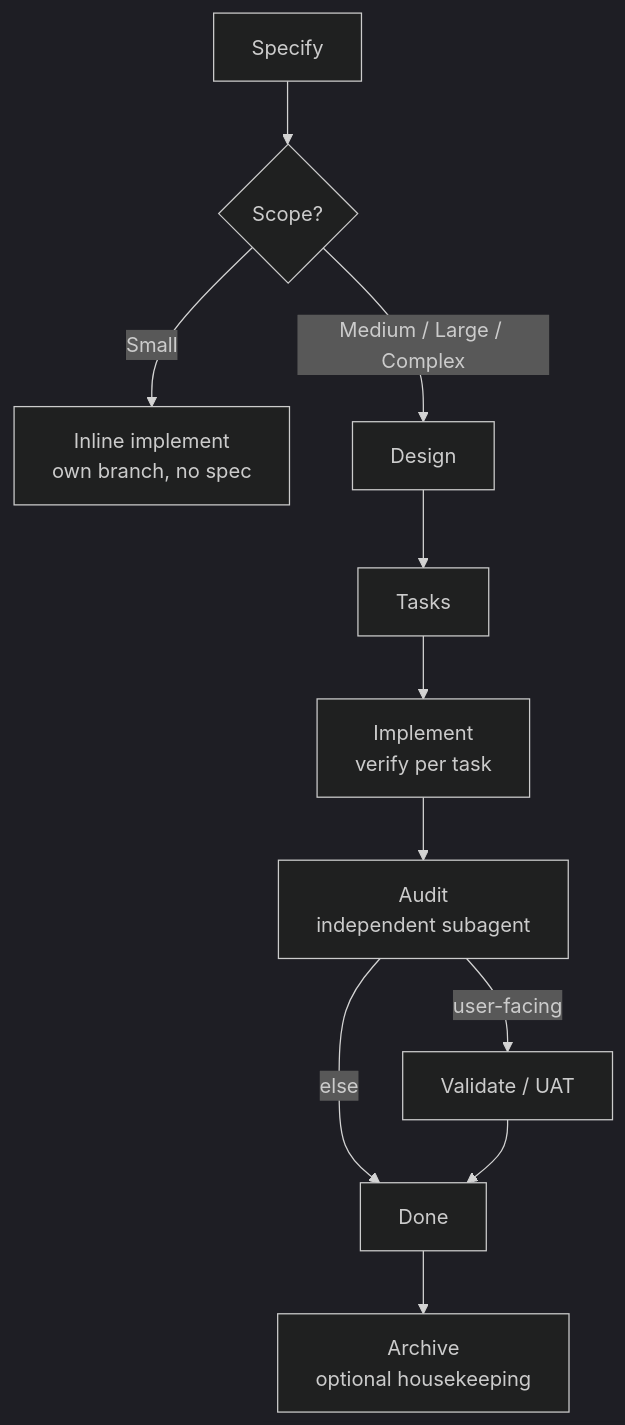
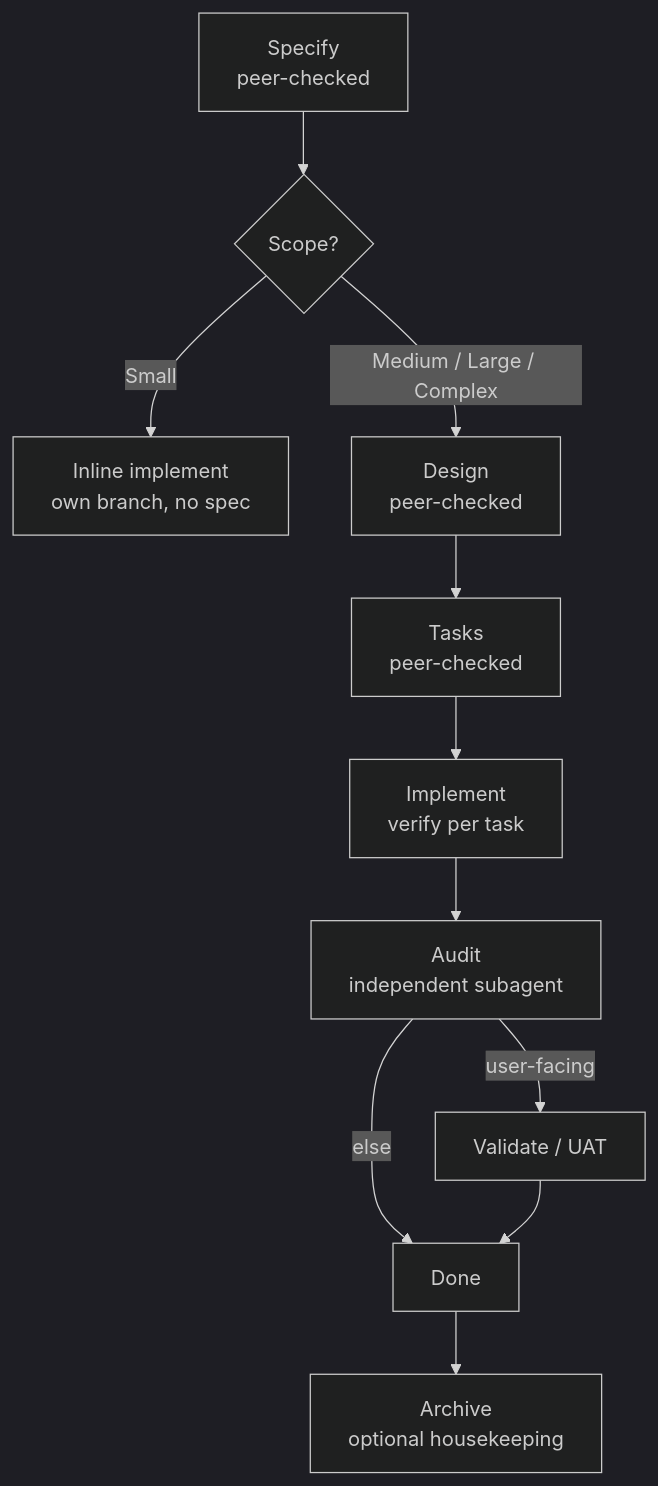
Before and after one commit to adeonir/agent-skills: the diagram in skills/engineering/spec-driven/README.md, drawn with Mermaid (dark theme). The commit also changed 1 other file, not shown here.

Commit message:
docs(spec-driven): restore what the scope table and the diagram stopped showing
Moving the peer check to every scope emptied the spec column for Medium and
Large, which then read alike, and left the pipeline diagram showing only the
final audit. The column now carries the difference that survives — whether
ambiguity is closed or logged — and the diagram marks the checked artifacts.

````diff
--- a/skills/engineering/spec-driven/README.md
+++ b/skills/engineering/spec-driven/README.md
@@ -9,13 +9,13 @@
 ```mermaid
 flowchart TD
-    A[Specify] --> B{Scope?}
+    A[Specify<br/>peer-checked] --> B{Scope?}
     B -->|Small| S[Inline implement<br/>own branch, no spec]
-    B -->|Medium / Large / Complex| D[Design]
-    D --> T[Tasks]
+    B -->|Medium / Large / Complex| D[Design<br/>peer-checked]
+    D --> T[Tasks<br/>peer-checked]
     T --> I[Implement<br/>verify per task]
     I --> AU[Audit<br/>independent subagent]
     AU -->|user-facing| V[Validate / UAT]
     AU -->|else| DN[Done]
     V --> DN
     DN --> AR[Archive<br/>optional housekeeping]
 ```
````
